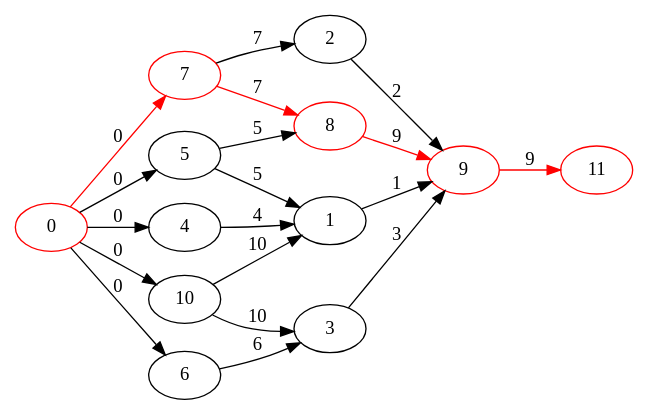
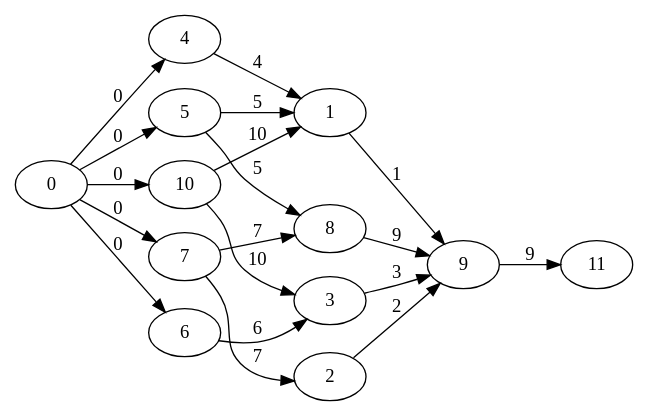
Before and after one commit to avivi55/graphs: the diagram in out/8.gv, drawn with Graphviz. The commit also changed 59 other files, not shown here.

```diff
--- a/out/8.gv
+++ b/out/8.gv
@@ -1,25 +1,20 @@
 digraph { rankdir=LR
-    "7" [color="red" label="7"]
-    "8" [color="red" label="8"]
-    "9" [color="red" label="9"]
-    "0" [color="red" label="0"]
-    "11" [color="red" label="11"]
     "1" -> "9" [label="1" ]
     "2" -> "9" [label="2" ]
     "3" -> "9" [label="3" ]
     "4" -> "1" [label="4" ]
     "5" -> "1" [label="5" ]
     "5" -> "8" [label="5" ]
     "6" -> "3" [label="6" ]
     "7" -> "2" [label="7" ]
-    "7" -> "8" [label="7" color="red" ]
-    "8" -> "9" [label="9" color="red" ]
-    "9" -> "11" [label="9" color="red" ]
+    "7" -> "8" [label="7" ]
+    "8" -> "9" [label="9" ]
+    "9" -> "11" [label="9" ]
     "10" -> "1" [label="10" ]
     "10" -> "3" [label="10" ]
     "0" -> "4" [label="0" ]
     "0" -> "5" [label="0" ]
     "0" -> "6" [label="0" ]
-    "0" -> "7" [label="0" color="red" color="red" ]
+    "0" -> "7" [label="0" ]
     "0" -> "10" [label="0" ]
 }
```
